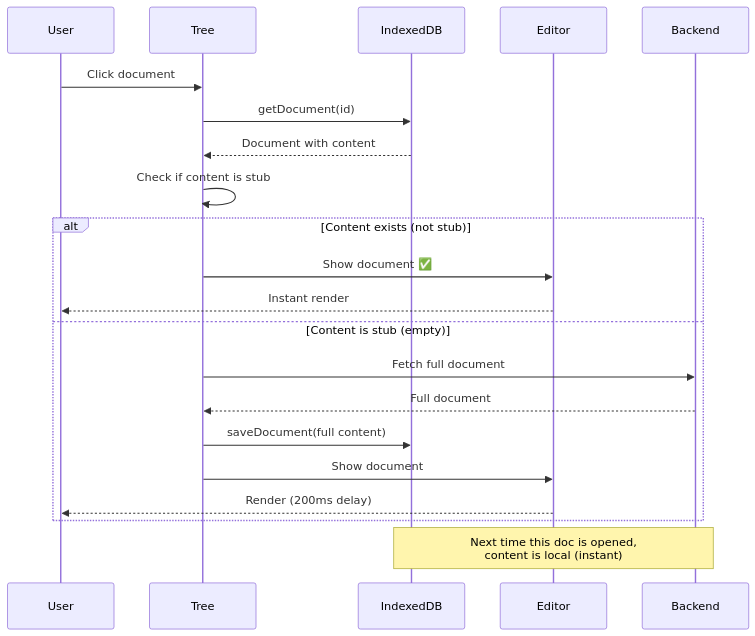
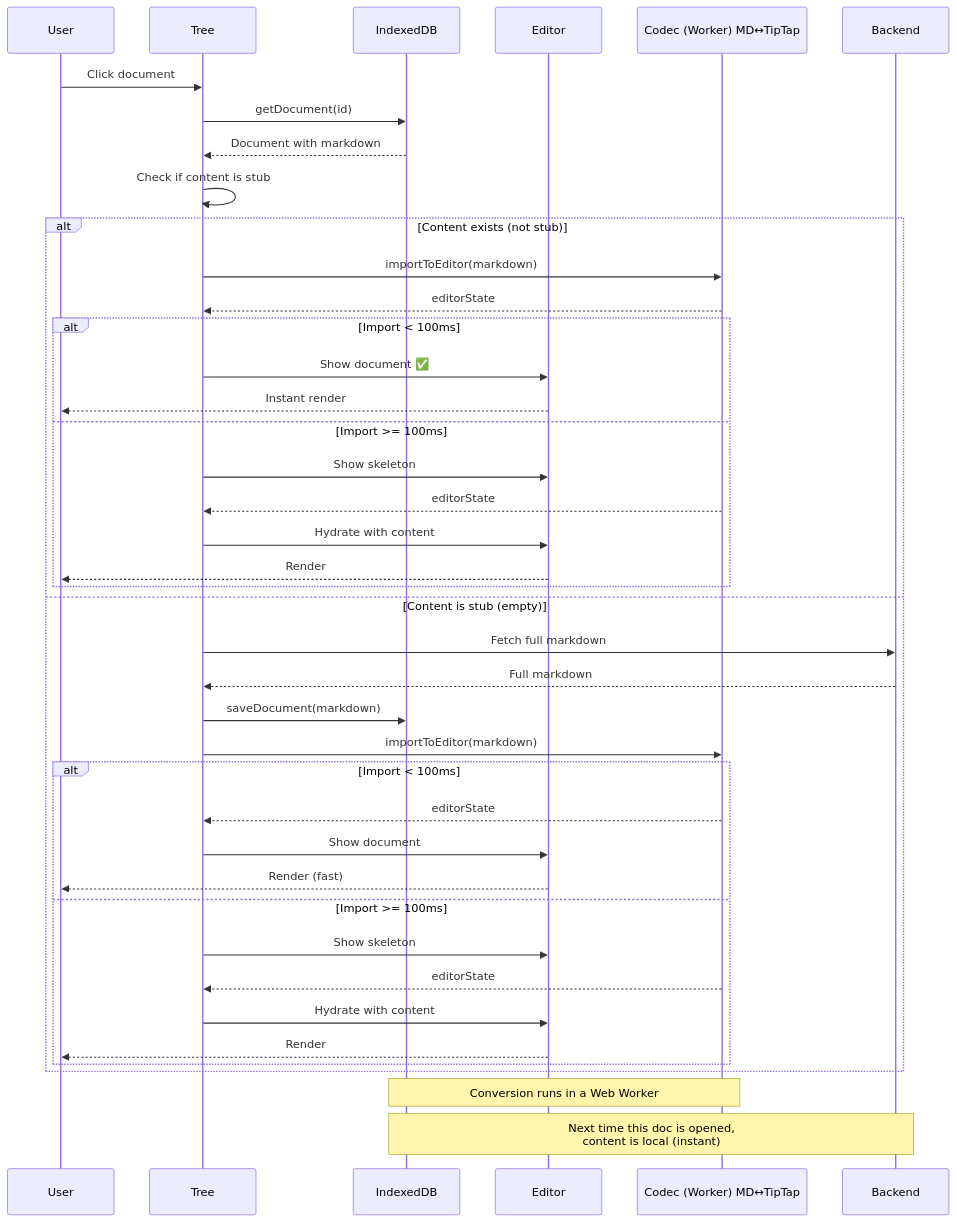
Before and after one commit to haowjy/meridian: the sixth of 7 diagrams in _docs/technical/frontend/flows.md, drawn with Mermaid. The commit also changed other lines of this file and 40 other files, not shown here.

First line of the commit message:
feat: transition to Markdown content format for documents

````diff
--- a/_docs/technical/frontend/flows.md
+++ b/_docs/technical/frontend/flows.md
@@ -304,27 +310,47 @@
 ```mermaid
 sequenceDiagram
     participant User
     participant Tree
     participant IndexedDB
     participant Editor
+    participant Codec as Codec (Worker) MD↔︎TipTap
     participant Backend
 
     User->>Tree: Click document
     Tree->>IndexedDB: getDocument(id)
-    IndexedDB-->>Tree: Document with content
+    IndexedDB-->>Tree: Document with markdown
 
     Tree->>Tree: Check if content is stub
 
     alt Content exists (not stub)
-        Tree->>Editor: Show document ✅
-        Editor-->>User: Instant render
+        Tree->>Codec: importToEditor(markdown)
+        Codec-->>Tree: editorState
+        alt Import < 100ms
+            Tree->>Editor: Show document ✅
+            Editor-->>User: Instant render
+        else Import >= 100ms
+            Tree->>Editor: Show skeleton
+            Codec-->>Tree: editorState
+            Tree->>Editor: Hydrate with content
+            Editor-->>User: Render
+        end
     else Content is stub (empty)
-        Tree->>Backend: Fetch full document
-        Backend-->>Tree: Full document
-        Tree->>IndexedDB: saveDocument(full content)
-        Tree->>Editor: Show document
-        Editor-->>User: Render (200ms delay)
+        Tree->>Backend: Fetch full markdown
+        Backend-->>Tree: Full markdown
+        Tree->>IndexedDB: saveDocument(markdown)
+        Tree->>Codec: importToEditor(markdown)
+        alt Import < 100ms
+            Codec-->>Tree: editorState
+            Tree->>Editor: Show document
+            Editor-->>User: Render (fast)
+        else Import >= 100ms
+            Tree->>Editor: Show skeleton
+            Codec-->>Tree: editorState
+            Tree->>Editor: Hydrate with content
+            Editor-->>User: Render
+        end
     end
 
+    Note over IndexedDB,Codec: Conversion runs in a Web Worker
     Note over IndexedDB,Backend: Next time this doc is opened,<br/>content is local (instant)
 ```
````
